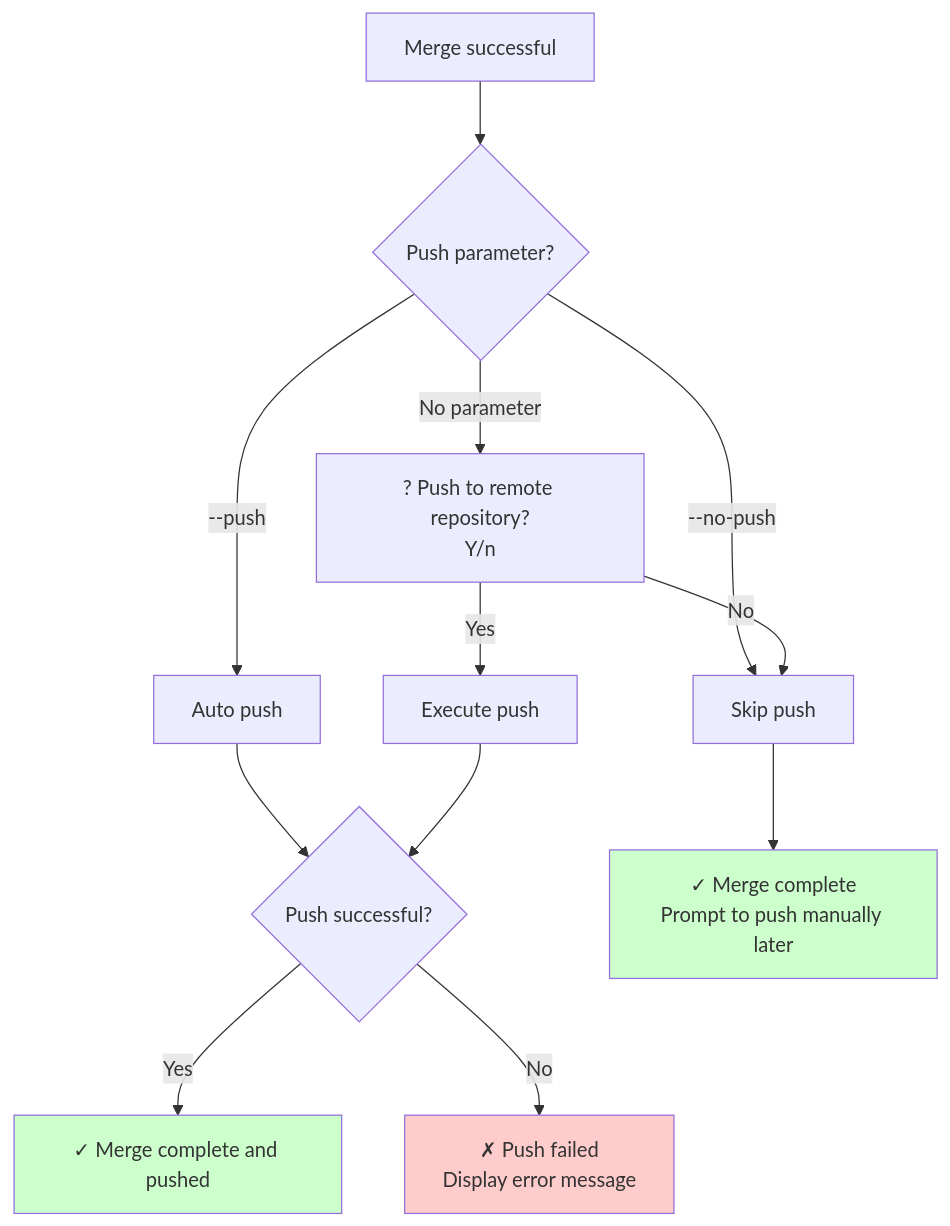
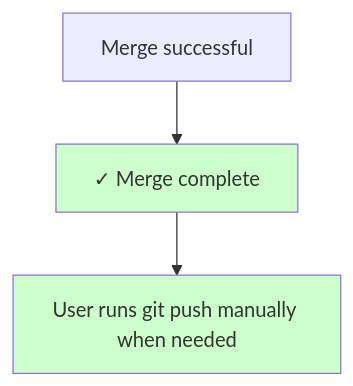
Before and after one commit to colin-han/colyn: the sixth of 6 diagrams in docs/en/develop/design/commands/design-merge-command.md, drawn with Mermaid. The commit also changed other lines of this file and 6 other files, not shown here.

````diff
--- a/docs/en/develop/design/commands/design-merge-command.md
+++ b/docs/en/develop/design/commands/design-merge-command.md
@@ -377,23 +368,8 @@
 ```mermaid
 graph TD
-    MergeSuccess[Merge successful] --> CheckFlag{Push parameter?}
+    MergeSuccess[Merge successful] --> Done[✓ Merge complete]
+    Done --> Hint[User runs git push manually when needed]
 
-    CheckFlag -->|--push| AutoPush[Auto push]
-    CheckFlag -->|--no-push| SkipPush[Skip push]
-    CheckFlag -->|No parameter| AskUser[? Push to remote repository?<br/>Y/n]
-
-    AskUser -->|Yes| ManualPush[Execute push]
-    AskUser -->|No| SkipPush
-
-    AutoPush --> PushResult{Push successful?}
-    ManualPush --> PushResult
-
-    PushResult -->|Yes| Success[✓ Merge complete and pushed]
-    PushResult -->|No| Error[✗ Push failed<br/>Display error message]
-
-    SkipPush --> Done[✓ Merge complete<br/>Prompt to push manually later]
-
-    style Success fill:#ccffcc
     style Done fill:#ccffcc
-    style Error fill:#ffcccc
+    style Hint fill:#ccffcc
 ```
````
